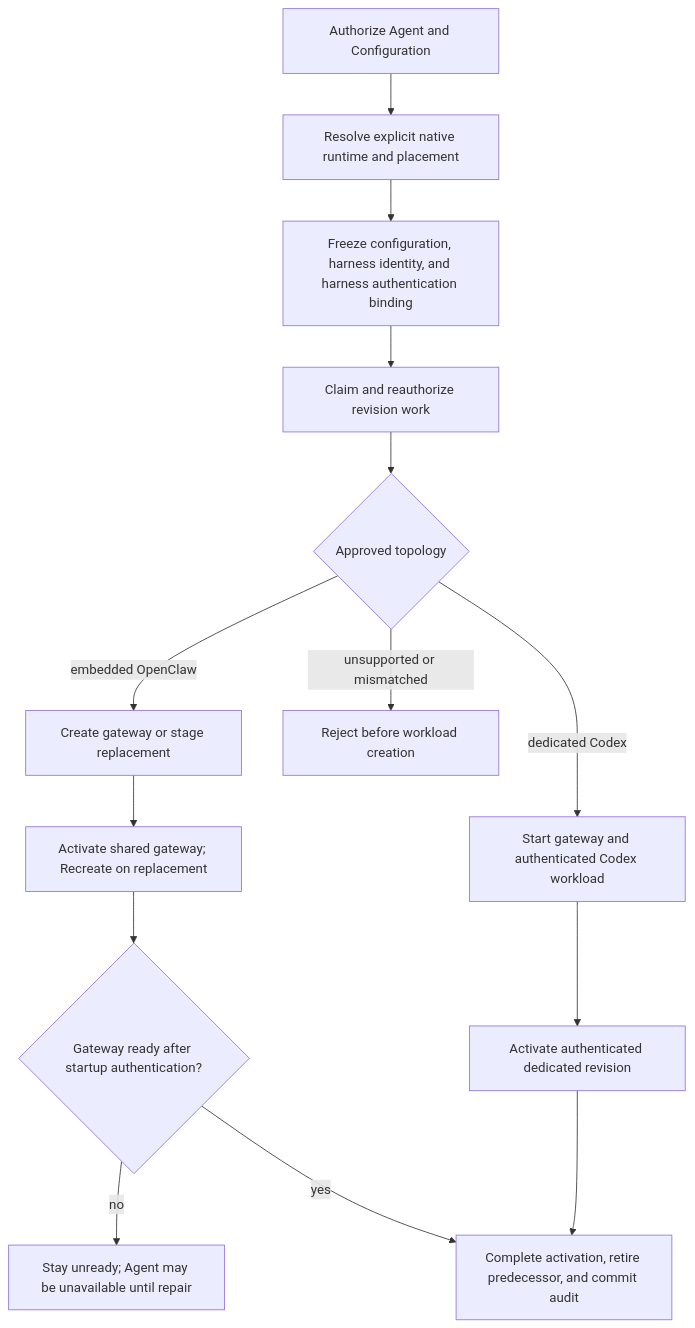
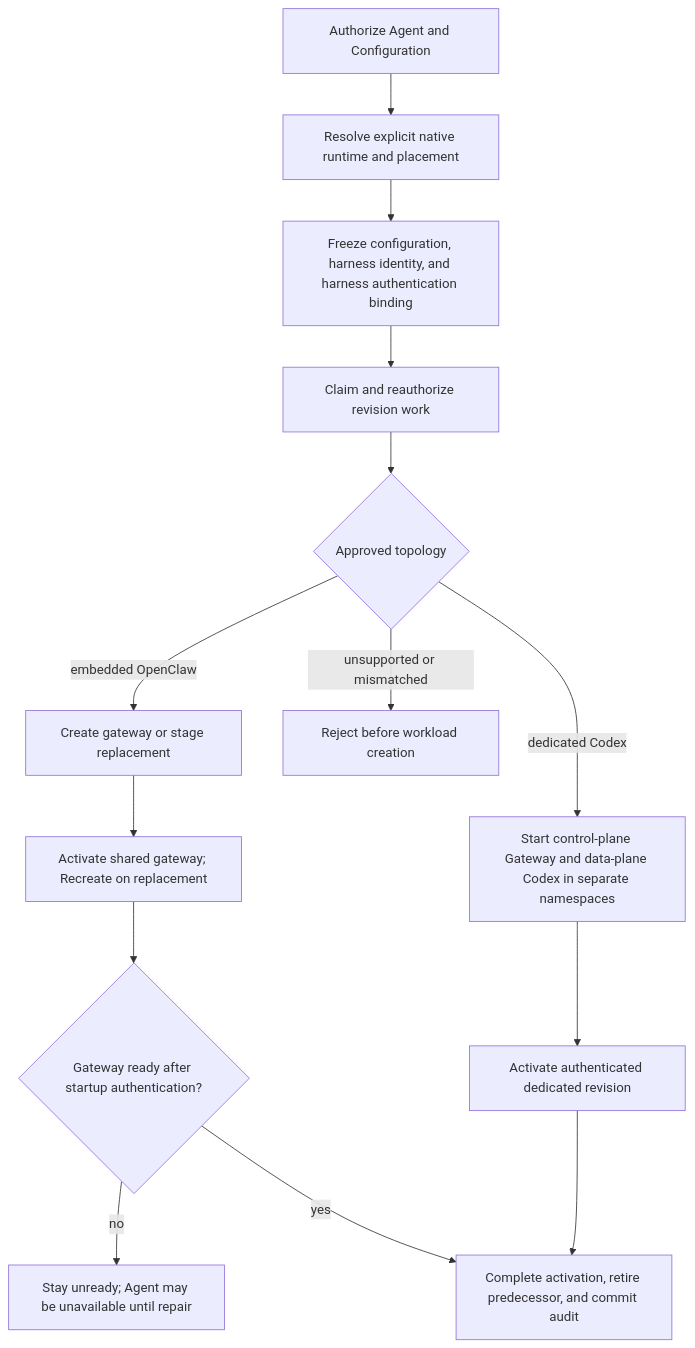
One commit to openclaw/openclaw-enterprise changed the diagram in docs/flows/harness-execution-topology.md. Above: the diagram before and after it, drawn with Mermaid. The commit also changed other lines of this file and 36 other files, not shown here.

Commit message:
feat(kubernetes): manage dedicated gateways in control-plane targets

````diff
--- a/docs/flows/harness-execution-topology.md
+++ b/docs/flows/harness-execution-topology.md
@@ -28,16 +28,16 @@
 ```mermaid
 graph TD
   A["Authorize Agent and Configuration"] --> B["Resolve explicit native runtime and placement"]
   B --> C["Freeze configuration, harness identity, and harness authentication binding"]
   C --> D["Claim and reauthorize revision work"]
   D --> E{"Approved topology"}
   E -->|embedded OpenClaw| F["Create gateway or stage replacement"]
-  E -->|dedicated Codex| G["Start gateway and authenticated Codex workload"]
+  E -->|dedicated Codex| G["Start control-plane Gateway and data-plane Codex in separate namespaces"]
   E -->|unsupported or mismatched| H["Reject before workload creation"]
   F --> I["Activate shared gateway; Recreate on replacement"]
   I --> K{"Gateway ready after startup authentication?"}
   K -->|no| L["Stay unready; Agent may be unavailable until repair"]
   K -->|yes| J["Complete activation, retire predecessor, and commit audit"]
   G --> M["Activate authenticated dedicated revision"]
   M --> J
 ```
````
